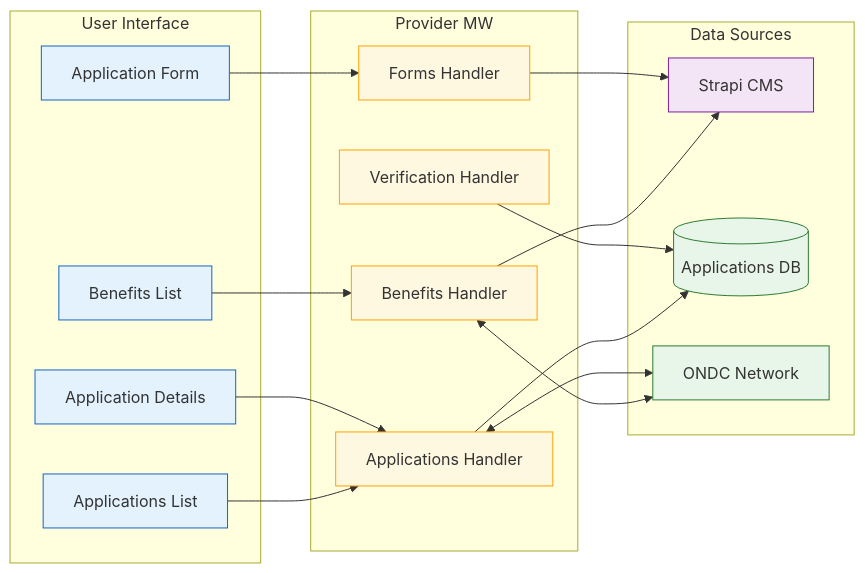
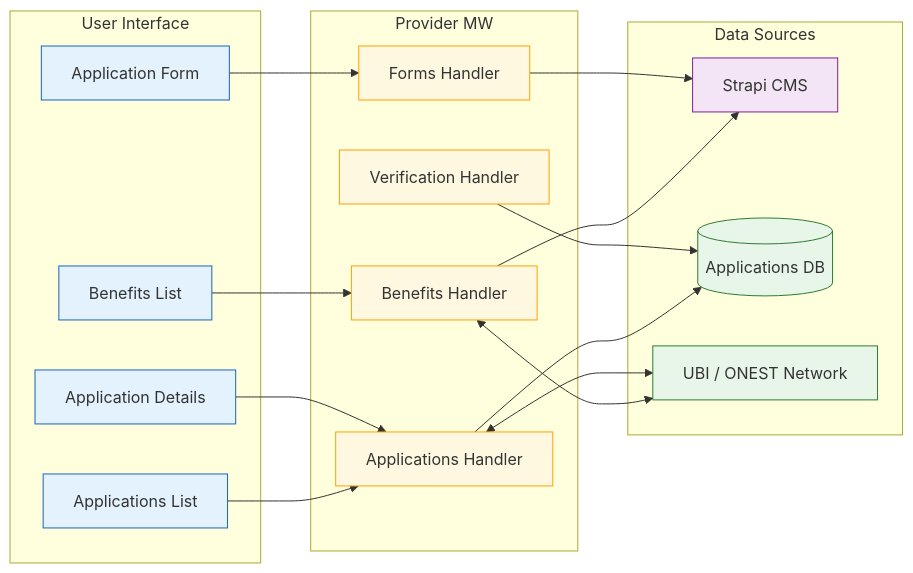
One commit to rajnishdargan/ubi-strapi-provider-mw changed the third of 3 diagrams in docs/arch-diagrams.md. Above: the diagram before and after it, drawn with Mermaid. The commit also changed other lines of this file and 2 other files, not shown here.

Commit message:
Issue #246252 chore: Adding diagrams

````diff
--- a/docs/arch-diagrams.md
+++ b/docs/arch-diagrams.md
@@ -107,46 +107,46 @@
 ```mermaid
 graph LR
     subgraph "User Interface"
         BL[Benefits List]
         AL[Applications List]
         AD[Application Details]
         AF[Application Form]
         style BL fill:#e3f2fd,stroke:#1565c0
         style AL fill:#e3f2fd,stroke:#1565c0
         style AD fill:#e3f2fd,stroke:#1565c0
         style AF fill:#e3f2fd,stroke:#1565c0
     end
 
     subgraph "Provider MW"
         BH[Benefits Handler]
         AH[Applications Handler]
         VH[Verification Handler]
         FH[Forms Handler]
         style BH fill:#fff8e1,stroke:#ffa000
         style AH fill:#fff8e1,stroke:#ffa000
         style VH fill:#fff8e1,stroke:#ffa000
         style FH fill:#fff8e1,stroke:#ffa000
     end
 
     subgraph "Data Sources"
         CMS[Strapi CMS]
         DB[(Applications DB)]
-        ONDC[ONDC Network]
+        ONDC[UBI / ONEST Network]
         style CMS fill:#f3e5f5,stroke:#7b1fa2
         style DB fill:#e8f5e9,stroke:#2e7d32
         style ONDC fill:#e8f5e9,stroke:#2e7d32
     end
 
     BL --> BH
     AL --> AH
     AD --> AH
     AF --> FH
 
     BH --> CMS
     AH --> DB
     VH --> DB
     FH --> CMS
 
     BH <--> ONDC
     AH <--> ONDC
 ```
````
